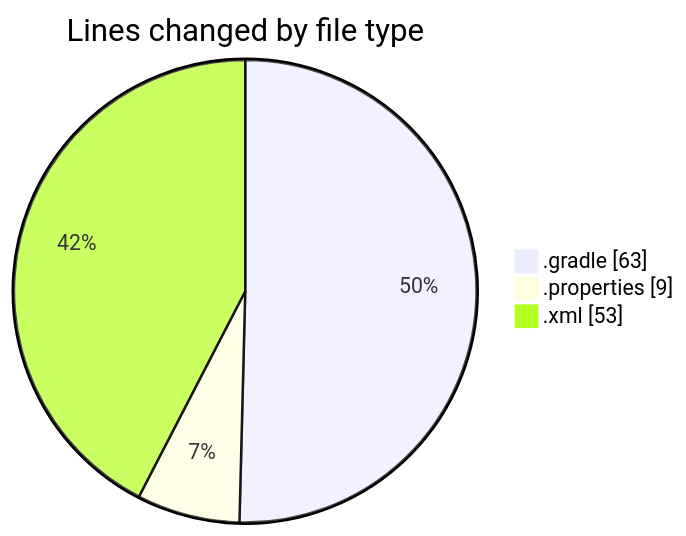
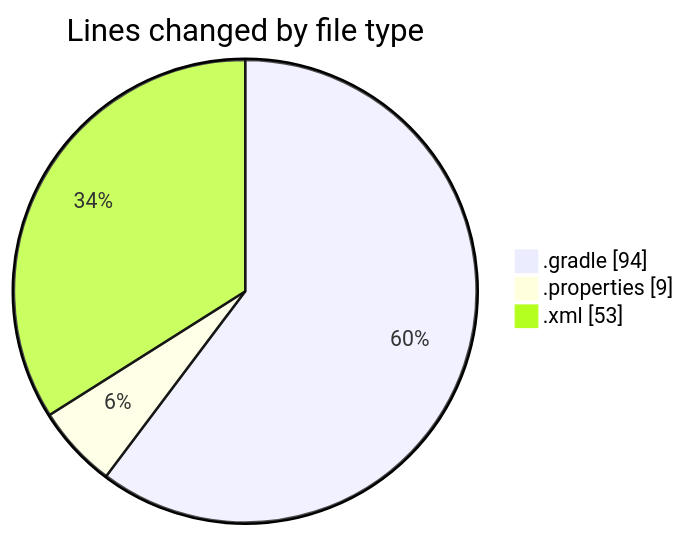
One commit to donsfak/code-tracking changed the first of 2 diagrams in 2025-02-01/maps_clone/README.md. Above: the diagram before and after it, drawn with Mermaid. The commit also changed other lines of this file and 1 other file, not shown here.

````diff
--- a/2025-02-01/maps_clone/README.md
+++ b/2025-02-01/maps_clone/README.md
@@ -24,7 +25,7 @@
 ```mermaid
 pie showData
 title Lines changed by file type
-".gradle" : 63
+".gradle" : 94
 ".properties" : 9
 ".xml" : 53
 ```
````
